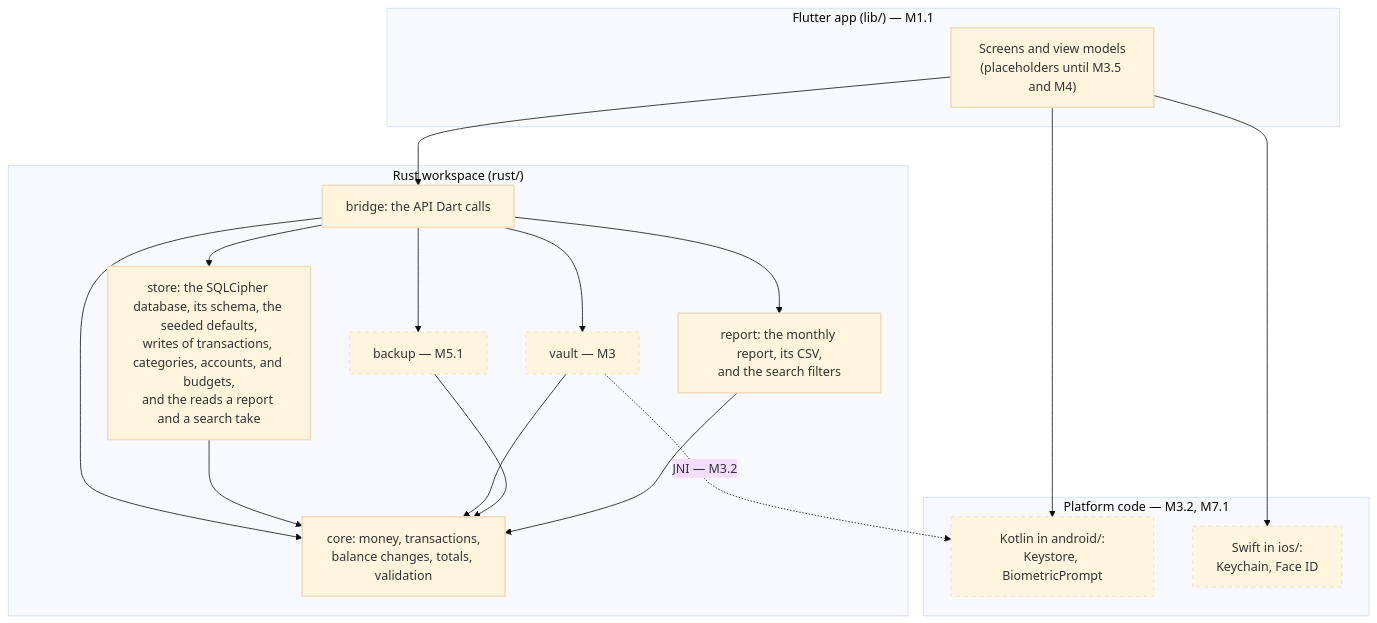
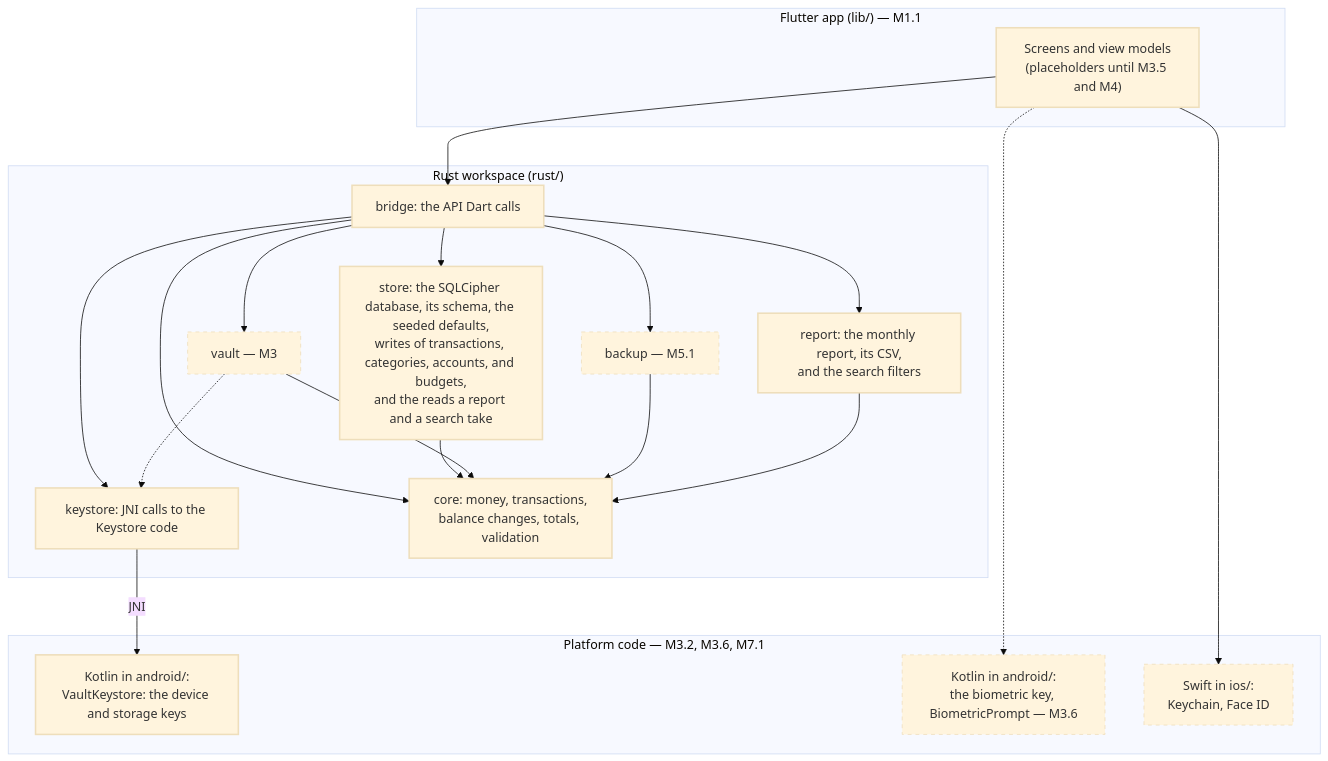
One commit to jabbott-iii/DenariiDolor changed the diagram in docs/01-architecture.md. Above: the diagram before and after it, drawn with Mermaid (base theme). The commit also changed other lines of this file and 37 other files, not shown here.

````diff
--- a/docs/01-architecture.md
+++ b/docs/01-architecture.md
@@ -30,36 +30,40 @@
 ```mermaid
 flowchart TB
     subgraph Dart["Flutter app (lib/) — M1.1"]
         UI["Screens and view models<br/>(placeholders until M3.5 and M4)"]
     end
-    subgraph Native["Platform code — M3.2, M7.1"]
-        KT["Kotlin in android/:<br/>Keystore, BiometricPrompt"]
+    subgraph Native["Platform code — M3.2, M3.6, M7.1"]
+        KT["Kotlin in android/:<br/>VaultKeystore: the device and storage keys"]
+        BP["Kotlin in android/:<br/>the biometric key, BiometricPrompt — M3.6"]
         SW["Swift in ios/:<br/>Keychain, Face ID"]
     end
     subgraph Rust["Rust workspace (rust/)"]
         BR["bridge: the API Dart calls"]
         ST["store: the SQLCipher database, its schema, the seeded defaults,<br/>writes of transactions, categories, accounts, and budgets,<br/>and the reads a report and a search take"]
         VA["vault — M3"]
+        KS["keystore: JNI calls to the Keystore code"]
         BK["backup — M5.1"]
         RP["report: the monthly report, its CSV,<br/>and the search filters"]
         CO["core: money, transactions,<br/>balance changes, totals, validation"]
     end
     UI --> BR
-    UI --> KT
+    UI -.-> BP
     UI --> SW
     BR --> ST
     BR --> VA
     BR --> BK
     BR --> RP
     BR --> CO
-    VA -.->|"JNI — M3.2"| KT
+    BR --> KS
+    VA -.-> KS
+    KS -->|"JNI"| KT
     ST --> CO
     VA --> CO
     BK --> CO
     RP --> CO
 
     classDef built stroke-width:2px
     classDef planned stroke-dasharray: 5 5
-    class CO,UI,BR,ST,RP built
-    class KT,SW,VA,BK planned
+    class CO,UI,BR,ST,RP,KS,KT built
+    class BP,SW,VA,BK planned
 ```
````
